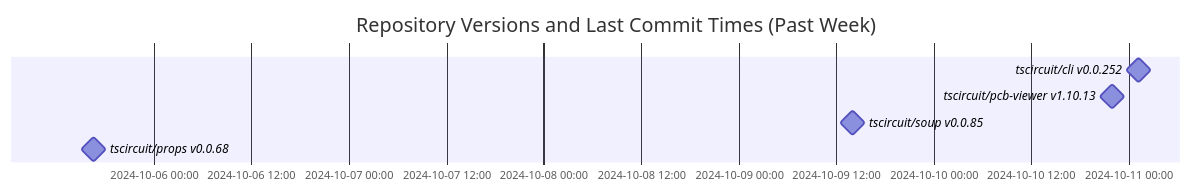
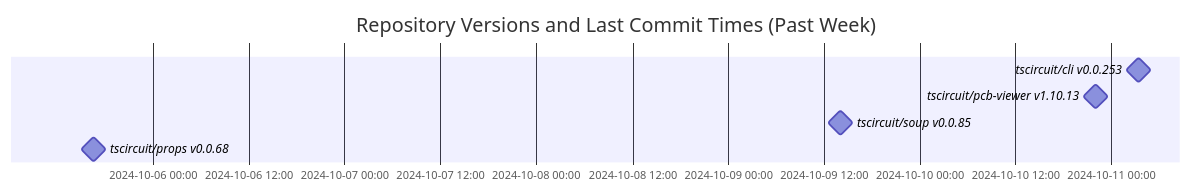
Before and after one commit to tscircuit/version-tracker: the diagram in README.md, drawn with Mermaid.

Commit message:
Update chart

````diff
--- a/README.md
+++ b/README.md
@@ -1,11 +1,11 @@
 ```mermaid
 gantt
   dateFormat  YYYY-MM-DD HH:mm:ss
   title Repository Versions and Last Commit Times (Past Week)
   axisFormat %Y-%m-%d %H:%M
 
-  tscircuit/cli v0.0.252 : milestone, 2024-10-11 01:13:13, 1s
+  tscircuit/cli v0.0.253 : milestone, 2024-10-11 03:23:39, 1s
   tscircuit/pcb-viewer v1.10.13 : milestone, 2024-10-10 21:59:08, 1s
   tscircuit/soup v0.0.85 : milestone, 2024-10-09 14:03:06, 1s
   tscircuit/props v0.0.68 : milestone, 2024-10-05 16:34:46, 1s
 ```
````
